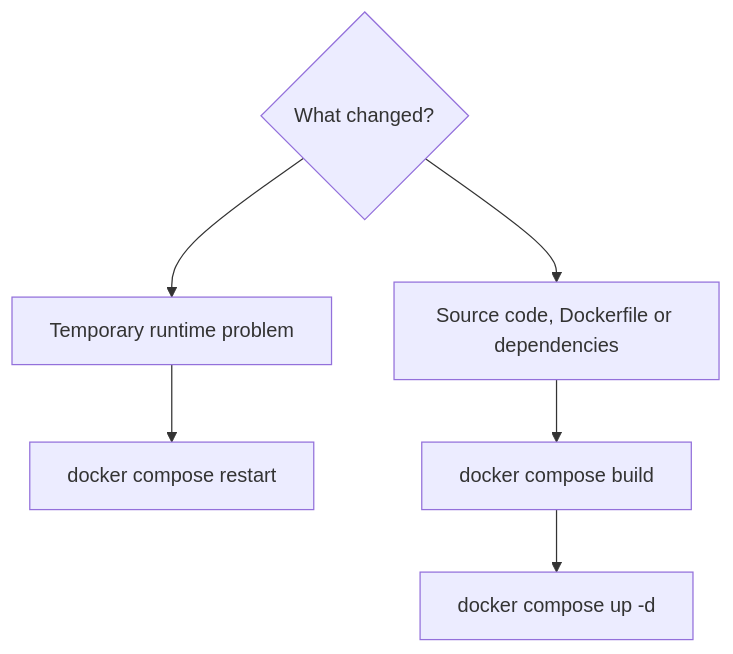
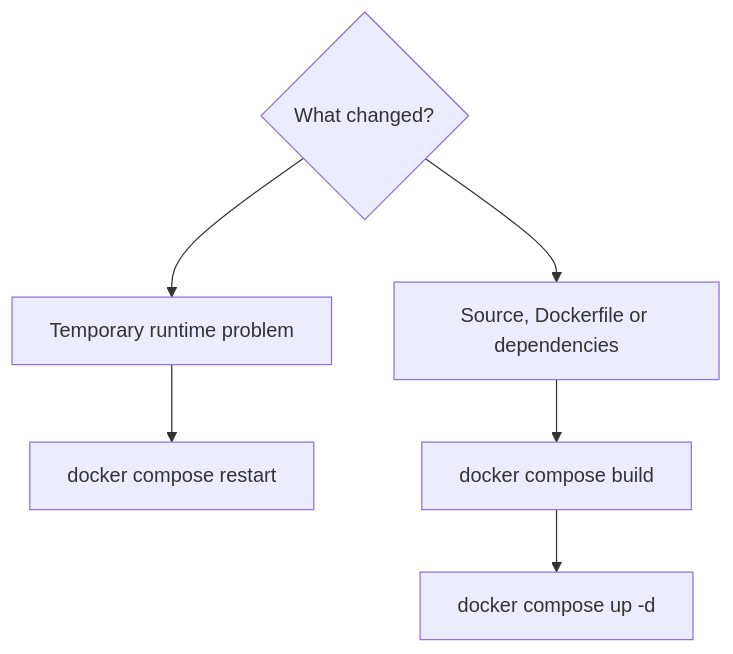
Before and after one commit to Gearsik/madiao: the fourth of 7 diagrams in docs/runbook/docker-operations.md, drawn with Mermaid. The commit also changed other lines of this file and 16 other files, not shown here.

````diff
--- a/docs/runbook/docker-operations.md
+++ b/docs/runbook/docker-operations.md
@@ -353,12 +403,12 @@
 ```mermaid
 flowchart TD
     Problem{"What changed?"}
     Runtime["Temporary runtime problem"]
-    Source["Source code, Dockerfile or dependencies"]
+    Source["Source, Dockerfile or dependencies"]
     Restart["docker compose restart <service>"]
     Build["docker compose build <service>"]
     Up["docker compose up -d <service>"]
 
     Problem --> Runtime --> Restart
     Problem --> Source --> Build --> Up
 ```
````
